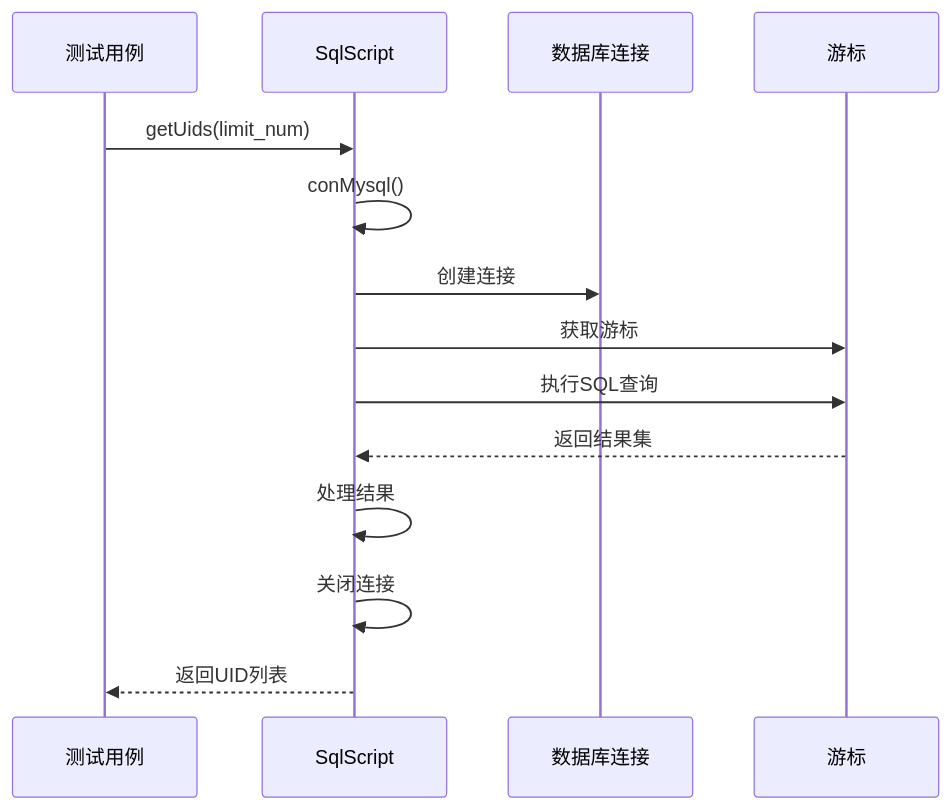
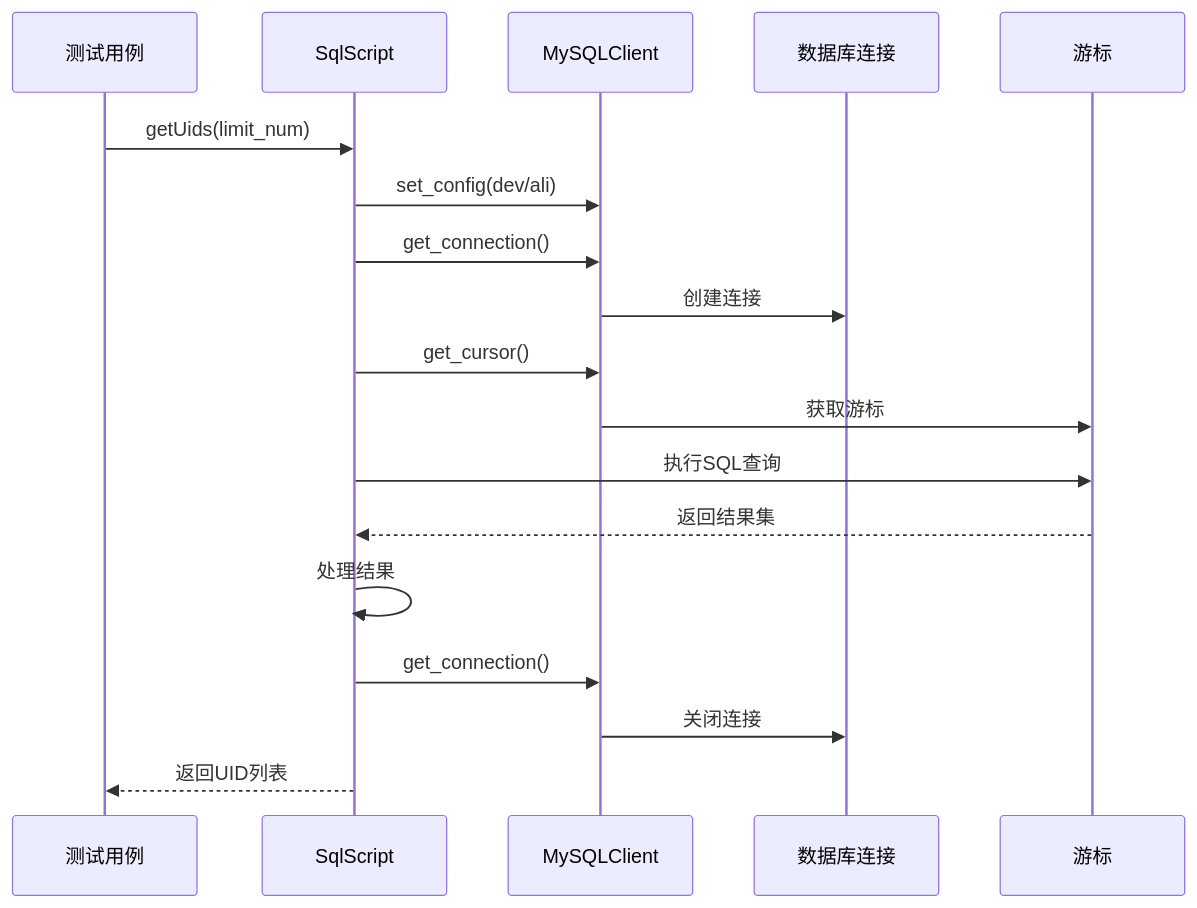
The seventh of 8 diagrams in .qoder/repowiki/zh/content/核心模块/数据库操作模块.md (liximing1-ola/qa-payTest), drawn with Mermaid before and after one commit. The commit also changed other lines of this file and 6 other files, not shown here.

````diff
--- a/.qoder/repowiki/zh/content/核心模块/数据库操作模块.md
+++ b/.qoder/repowiki/zh/content/核心模块/数据库操作模块.md
@@ -370,16 +396,20 @@
 ```mermaid
 sequenceDiagram
 participant Test as 测试用例
 participant Script as SqlScript
+participant Client as MySQLClient
 participant Conn as 数据库连接
 participant Cursor as 游标
 Test->>Script : getUids(limit_num)
-Script->>Script : conMysql()
-Script->>Conn : 创建连接
-Script->>Cursor : 获取游标
+Script->>Client : set_config(dev/ali)
+Script->>Client : get_connection()
+Client->>Conn : 创建连接
+Script->>Client : get_cursor()
+Client->>Cursor : 获取游标
 Script->>Cursor : 执行SQL查询
 Cursor-->>Script : 返回结果集
 Script->>Script : 处理结果
-Script->>Script : 关闭连接
+Script->>Client : get_connection()
+Client->>Conn : 关闭连接
 Script-->>Test : 返回UID列表
 ```
````
